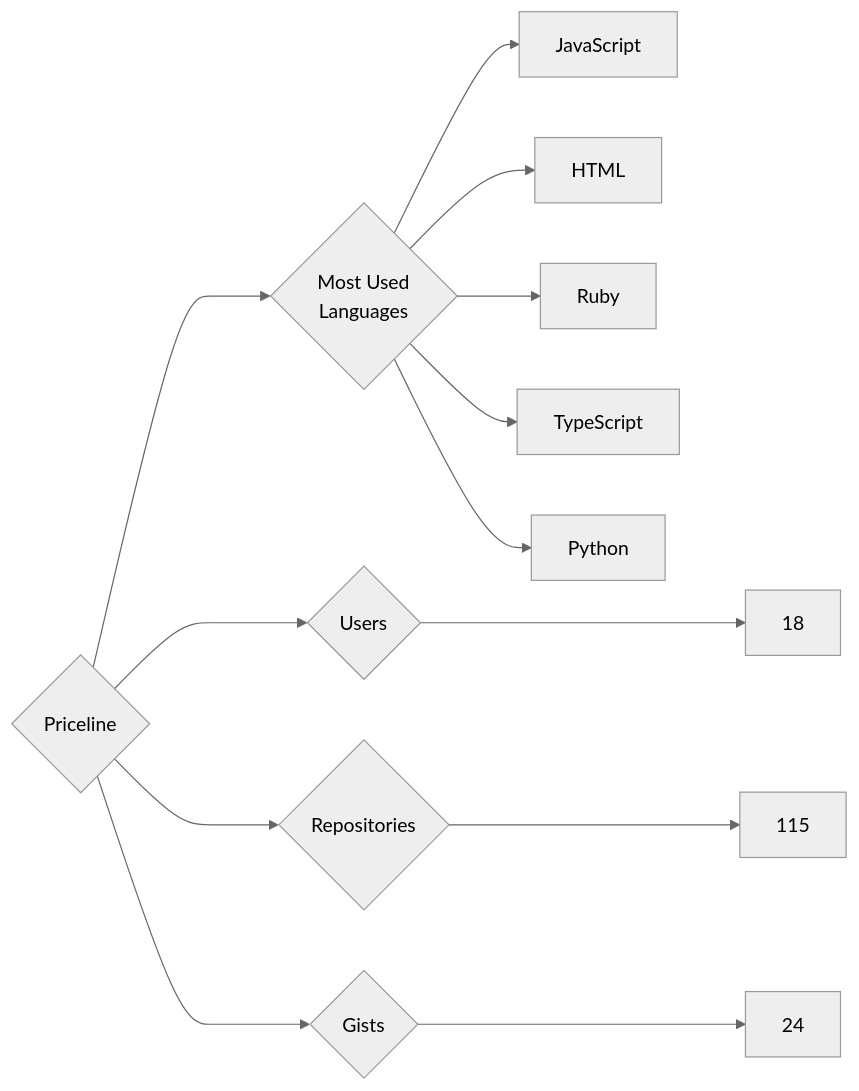
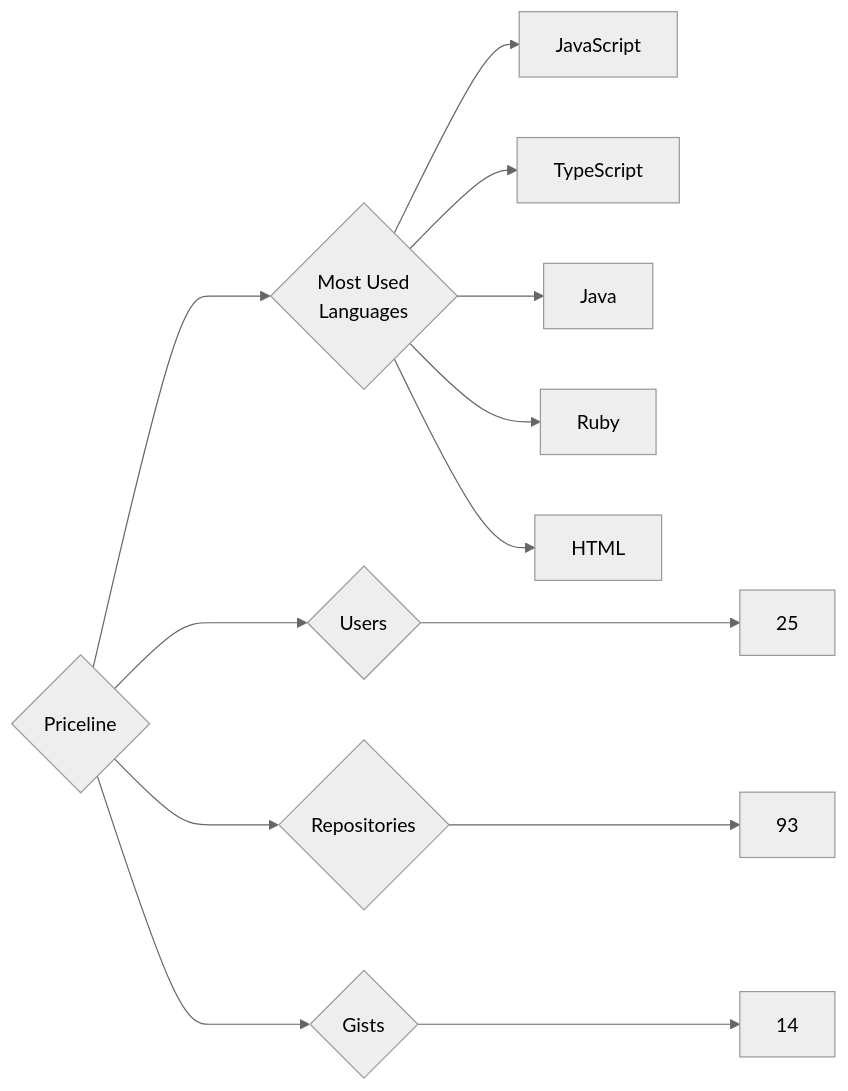
One commit to trickest/insiders changed the diagram in targets/Priceline/README.md. Above: the diagram before and after it, drawn with Mermaid (neutral theme). The commit also changed 955 other files, not shown here.

````diff
--- a/targets/Priceline/README.md
+++ b/targets/Priceline/README.md
@@ -3,13 +3,13 @@
 ```mermaid
 graph LR
 COMPANY_NAME{Priceline}
-COMPANY_NAME ---> U{Users} ---> UN[18]
-COMPANY_NAME ---> R{Repositories} ---> RN[115]
-COMPANY_NAME ---> G{Gists} ---> GN[24]
+COMPANY_NAME ---> U{Users} ---> UN[25]
+COMPANY_NAME ---> R{Repositories} ---> RN[93]
+COMPANY_NAME ---> G{Gists} ---> GN[14]
 COMPANY_NAME ---> ML{Most Used<br>Languages}
 ML --> JavaScript[JavaScript]
+ML --> TypeScript[TypeScript]
+ML --> Java[Java]
+ML --> Ruby[Ruby]
 ML --> HTML[HTML]
-ML --> Ruby[Ruby]
-ML --> TypeScript[TypeScript]
-ML --> Python[Python]
 ```
````
